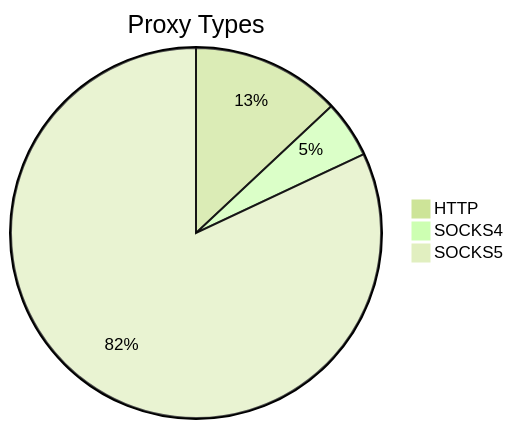
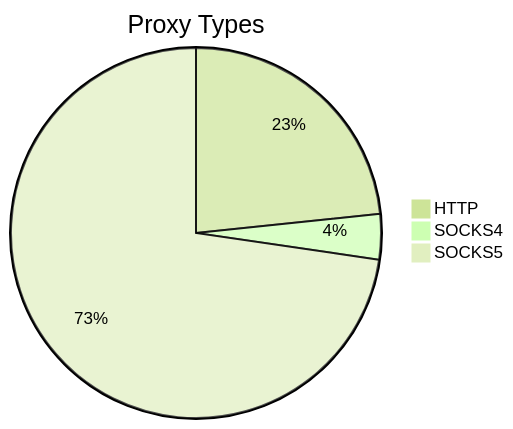
The first of 2 diagrams in README.md (stormsia/proxy-list), drawn with Mermaid (forest theme) before and after one commit. The commit also changed other lines of this file, not shown here.

````diff
--- a/README.md
+++ b/README.md
@@ -21,6 +21,6 @@
 ```mermaid
 pie title Proxy Types
-    "HTTP" : 47
+    "HTTP" : 106
     "SOCKS4" : 18
-    "SOCKS5" : 296
+    "SOCKS5" : 330
 ```
````
